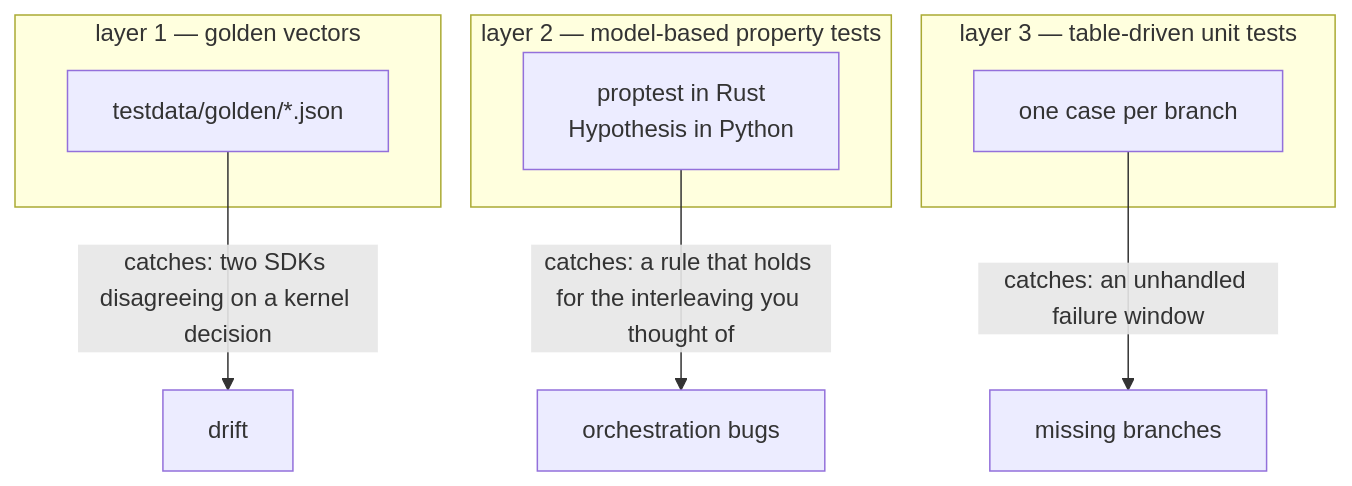
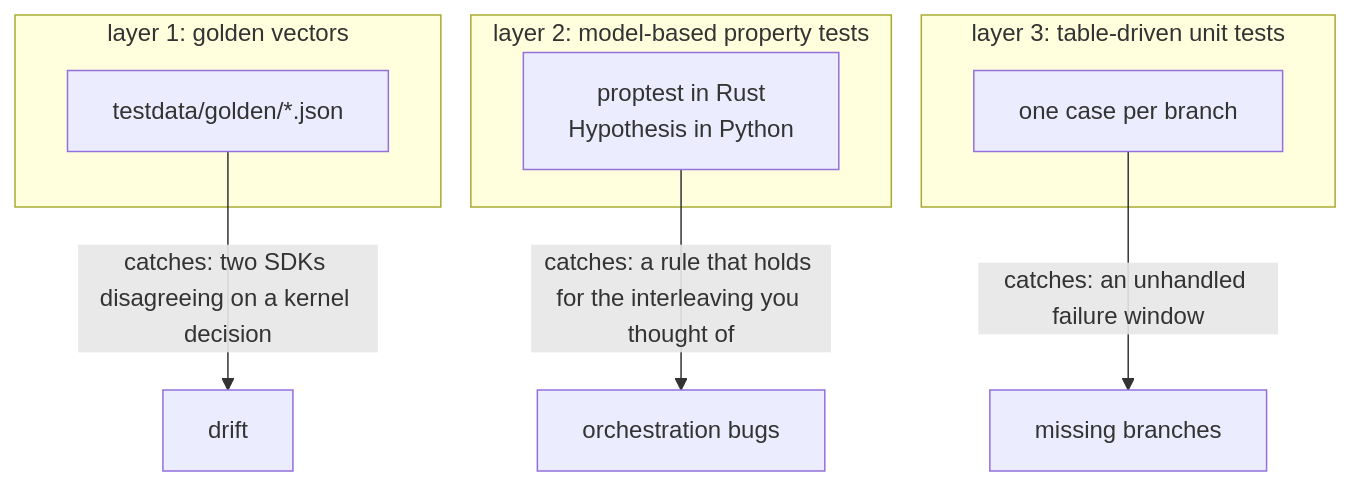
Before and after one commit to haskian/edax: the first of 3 diagrams in docs/guides/testing.md, drawn with Mermaid. The commit also changed other lines of this file and 117 other files, not shown here.

````diff
--- a/docs/guides/testing.md
+++ b/docs/guides/testing.md
@@ -10,16 +10,16 @@
 ```mermaid
 flowchart TB
-    subgraph L1["layer 1 — golden vectors"]
+    subgraph L1["layer 1: golden vectors"]
         A["testdata/golden/*.json"]
     end
-    subgraph L2["layer 2 — model-based property tests"]
+    subgraph L2["layer 2: model-based property tests"]
         B["proptest in Rust<br/>Hypothesis in Python"]
     end
-    subgraph L3["layer 3 — table-driven unit tests"]
+    subgraph L3["layer 3: table-driven unit tests"]
         C["one case per branch"]
     end
 
     A -->|"catches: two SDKs disagreeing on a kernel decision"| X["drift"]
     B -->|"catches: a rule that holds for the interleaving you thought of"| Y["orchestration bugs"]
     C -->|"catches: an unhandled failure window"| Z["missing branches"]
 ```
````
